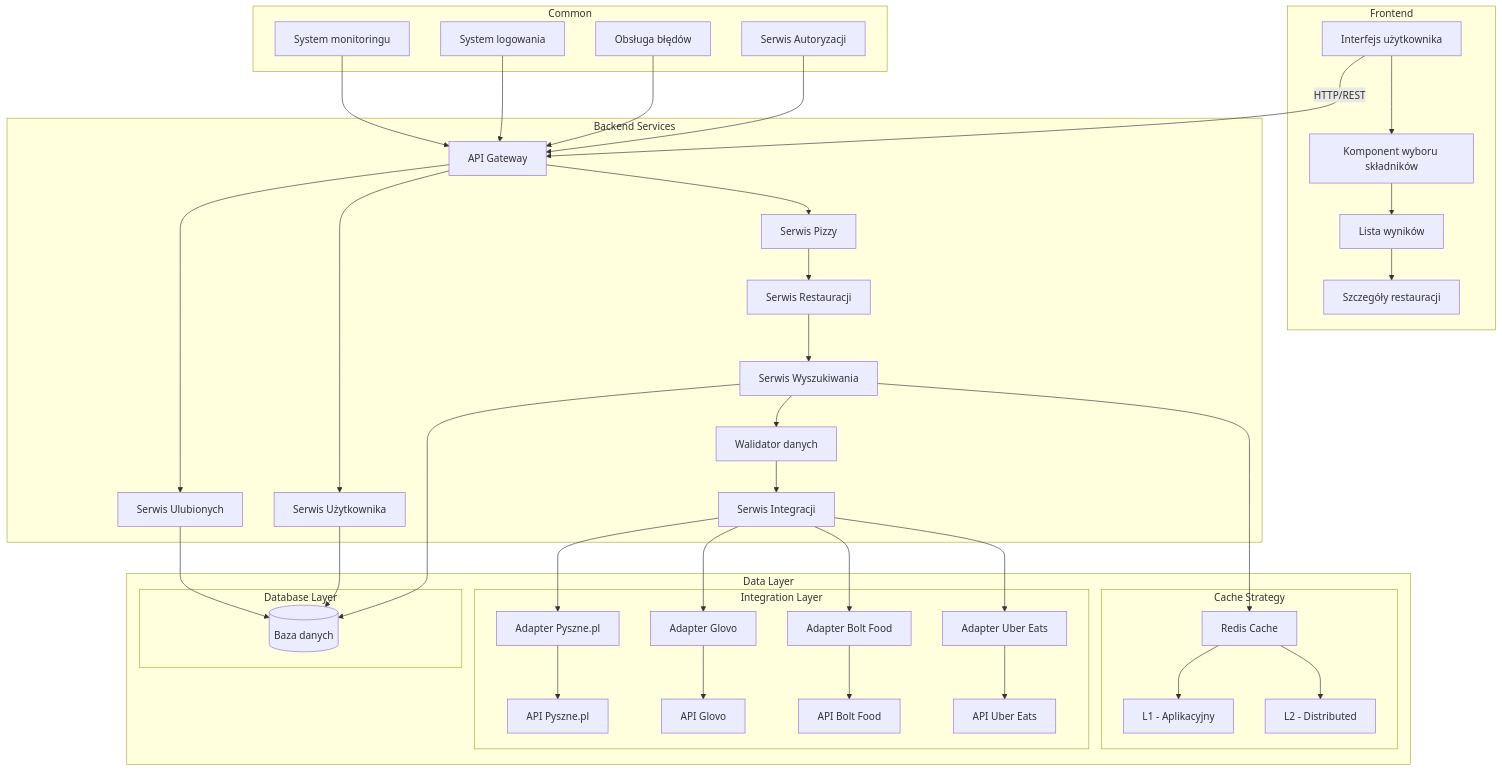
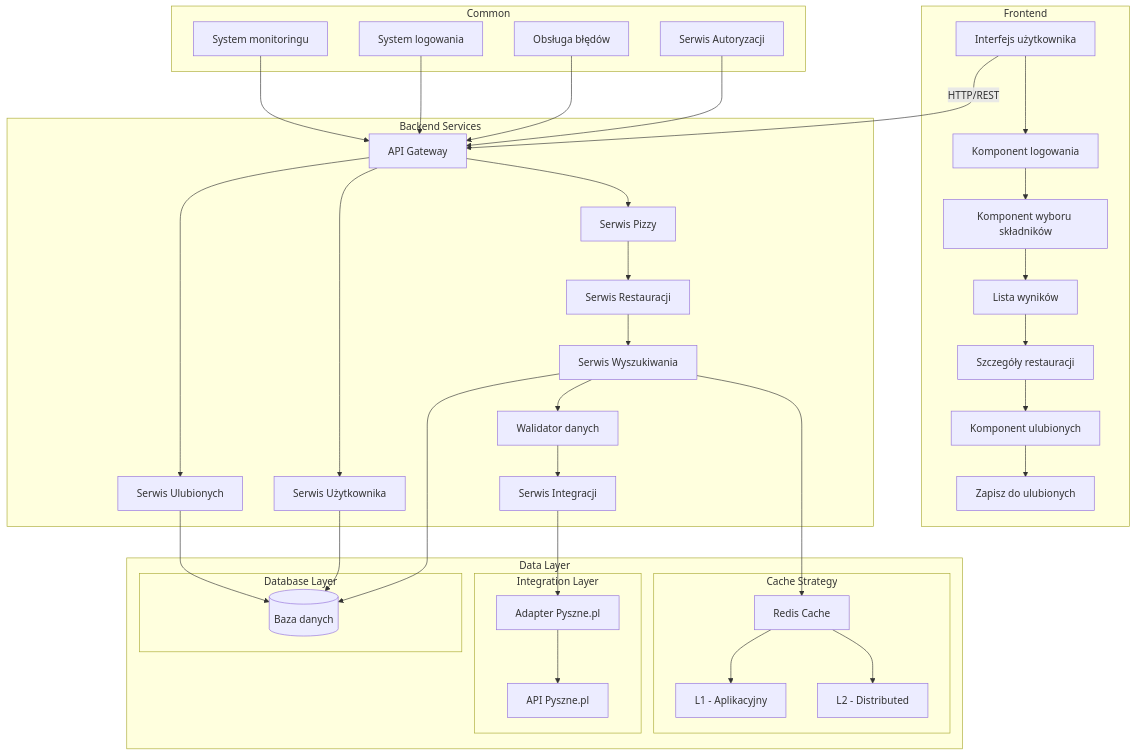
One commit to elkolorado/wsei-inzynieria changed the first of 2 diagrams in lab3.md. Above: the diagram before and after it, drawn with Mermaid. The commit also changed other lines of this file, not shown here.

Commit message:
feat: diagram przypadkow uzycia

````diff
--- a/lab3.md
+++ b/lab3.md
@@ -125,61 +125,59 @@
 ```mermaid
 flowchart TD
     subgraph Frontend
-        UI[Interfejs użytkownika] --> PizzaSelector[Komponent wyboru składników]
+        UI[Interfejs użytkownika] --> LoginComponent[Komponent logowania]
+        LoginComponent --> PizzaSelector[Komponent wyboru składników]
         PizzaSelector --> ResultsList[Lista wyników]
         ResultsList --> RestaurantDetails[Szczegóły restauracji]
+        RestaurantDetails --> FavoritesComponent[Komponent ulubionych]
+        FavoritesComponent --> SaveFavorite[Zapisz do ulubionych]
     end
 
     subgraph Backend Services
         APIGateway[API Gateway] --> PizzaService[Serwis Pizzy]
         APIGateway --> UserService[Serwis Użytkownika]
         APIGateway --> FavoritesService[Serwis Ulubionych]
         PizzaService --> RestaurantService[Serwis Restauracji]
         RestaurantService --> SearchService[Serwis Wyszukiwania]
         
         SearchService --> DataValidator[Walidator danych]
         DataValidator --> IntegrationService[Serwis Integracji]
     end
 
    subgraph Data Layer
    
                subgraph Cache Strategy
                Cache --> L1Cache[L1 - Aplikacyjny]
                Cache --> L2Cache[L2 - Distributed]
          end
 
       subgraph Integration Layer
          IntegrationService --> PyszneAdapter[Adapter Pyszne.pl]
-         IntegrationService --> GloveAdapter[Adapter Glovo]
-         IntegrationService --> BoltAdapter[Adapter Bolt Food]
-         IntegrationService --> UberAdapter[Adapter Uber Eats]
          
          PyszneAdapter --> PyszneAPI[API Pyszne.pl]
-         GloveAdapter --> GlovoAPI[API Glovo]
-         BoltAdapter --> BoltAPI[API Bolt Food]
-         UberAdapter --> UberAPI[API Uber Eats]
+
       end
 
       subgraph Database Layer
          SearchService --> Cache[Redis Cache]
          SearchService --> Database[(Baza danych)]
          UserService --> Database
          FavoritesService --> Database
          
 
       end
     end
 
     subgraph Common
         AuthService[Serwis Autoryzacji]
         ErrorHandler[Obsługa błędów]
         Logger[System logowania]
         Monitoring[System monitoringu]
     end
 
     UI -->|HTTP/REST| APIGateway
     AuthService --> APIGateway
     ErrorHandler --> APIGateway
     Logger --> APIGateway
     Monitoring --> APIGateway
 ```
````
